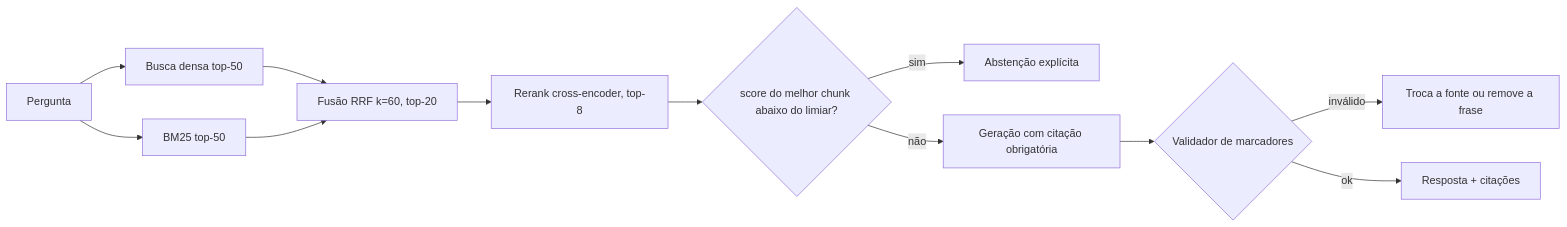
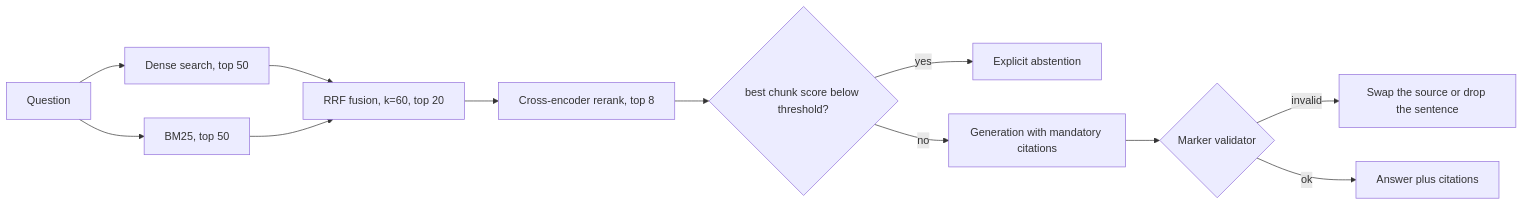
The diagram in README.md (yahbeaumont/docsage), drawn with Mermaid before and after one commit. The commit also changed other lines of this file and 1 other file, not shown here.

````diff
--- a/README.md
+++ b/README.md
@@ -69,14 +75,14 @@
 ```mermaid
 flowchart LR
-    Q[Pergunta] --> D[Busca densa top-50]
-    Q --> S[BM25 top-50]
-    D --> RRF[Fusão RRF k=60, top-20]
+    Q[Question] --> D[Dense search, top 50]
+    Q --> S[BM25, top 50]
+    D --> RRF[RRF fusion, k=60, top 20]
     S --> RRF
-    RRF --> RR[Rerank cross-encoder, top-8]
-    RR --> AB{score do melhor chunk abaixo do limiar?}
-    AB -- sim --> ABS[Abstenção explícita]
-    AB -- não --> G[Geração com citação obrigatória]
-    G --> V{Validador de marcadores}
-    V -- inválido --> REP[Troca a fonte ou remove a frase]
-    V -- ok --> A[Resposta + citações]
+    RRF --> RR[Cross-encoder rerank, top 8]
+    RR --> AB{best chunk score below threshold?}
+    AB -- yes --> ABS[Explicit abstention]
+    AB -- no --> G[Generation with mandatory citations]
+    G --> V{Marker validator}
+    V -- invalid --> REP[Swap the source or drop the sentence]
+    V -- ok --> A[Answer plus citations]
 ```
````
